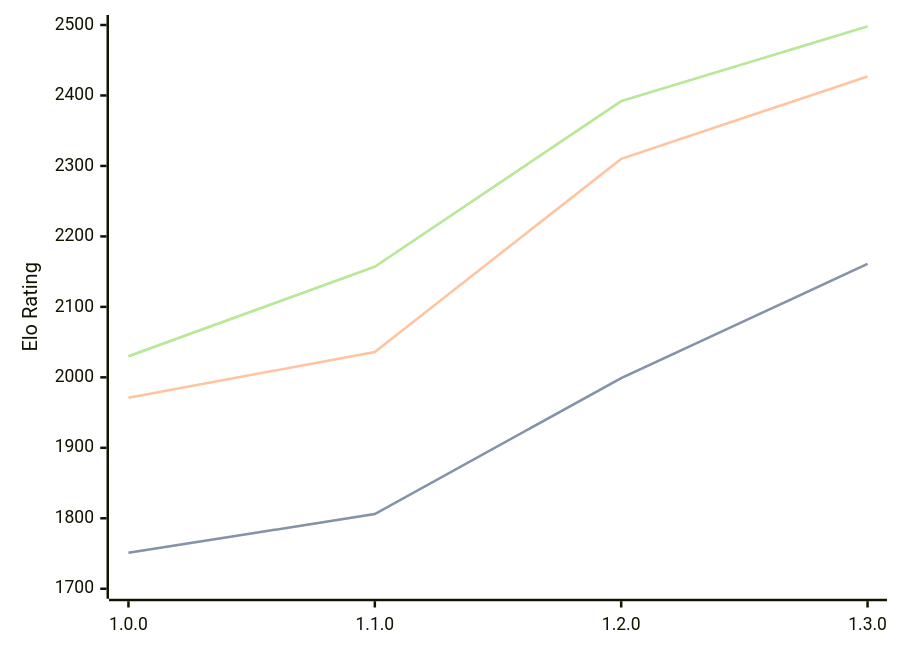
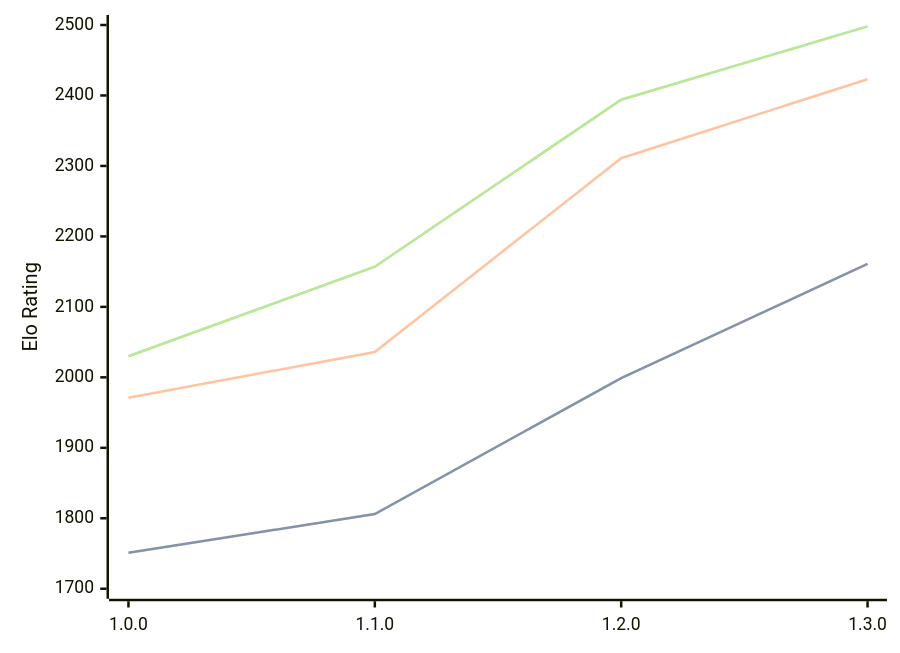
The diagram in engines/Anodos.md (computer-chess-index/cci), drawn with Mermaid before and after one commit. The commit also changed other lines of this file, not shown here.

Commit message:
Update CCI Ratings (ELO VLTC) - 2026-10-02

````diff
--- a/engines/Anodos.md
+++ b/engines/Anodos.md
@@ -34,11 +34,11 @@
 ```mermaid
 %%{init: {"theme":"base","themeVariables":{"seriesColors:['#a3a3a3','#222221','#faa371']}}}%%
 xychart-beta
   x-axis ["1.0.0", "1.1.0", "1.2.0", "1.3.0"]
   y-axis "Elo Rating" 1700 --> 2500
   line "" [1751, 1806, 1999, 2161]
   line "STC (8.0+0.08s)" [1751, 1806, 1999, 2161]
-  line "LTC (60.0+0.60s)" [1971, 2036, 2310, 2427]
-  line "" [2030, 2157, 2392, 2498]
-  line "VLTC (2m24s+1.12s)" [2030, 2157, 2392, 2498]
+  line "LTC (60.0+0.60s)" [1971, 2036, 2311, 2423]
+  line "" [2030, 2157, 2394, 2498]
+  line "VLTC (2m24s+1.12s)" [2030, 2157, 2394, 2498]
 ```
````
